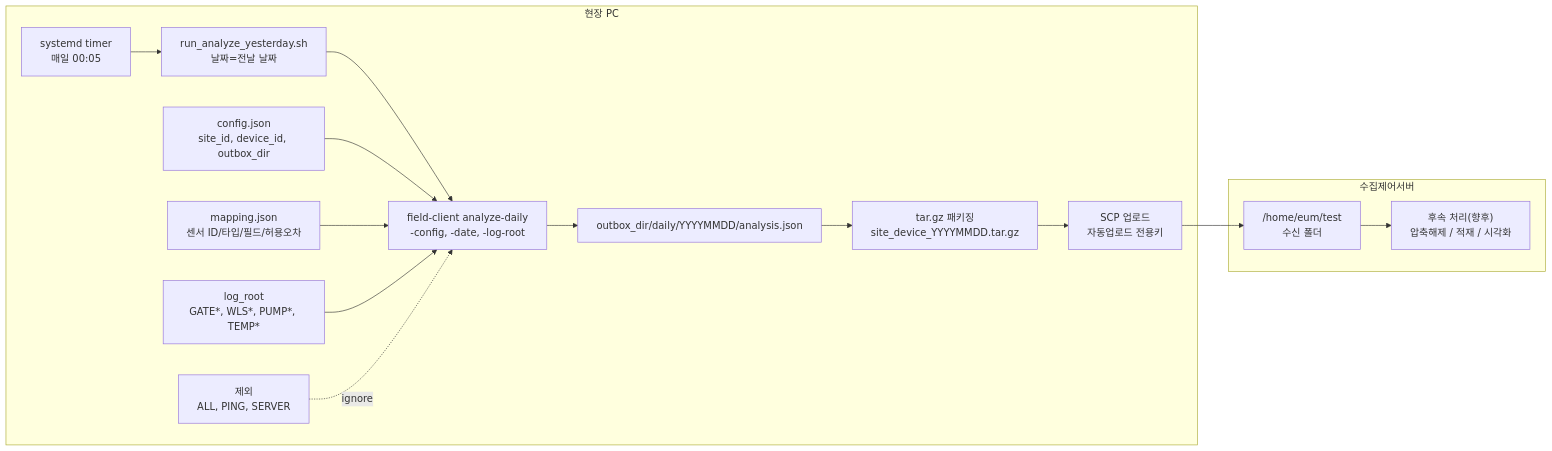
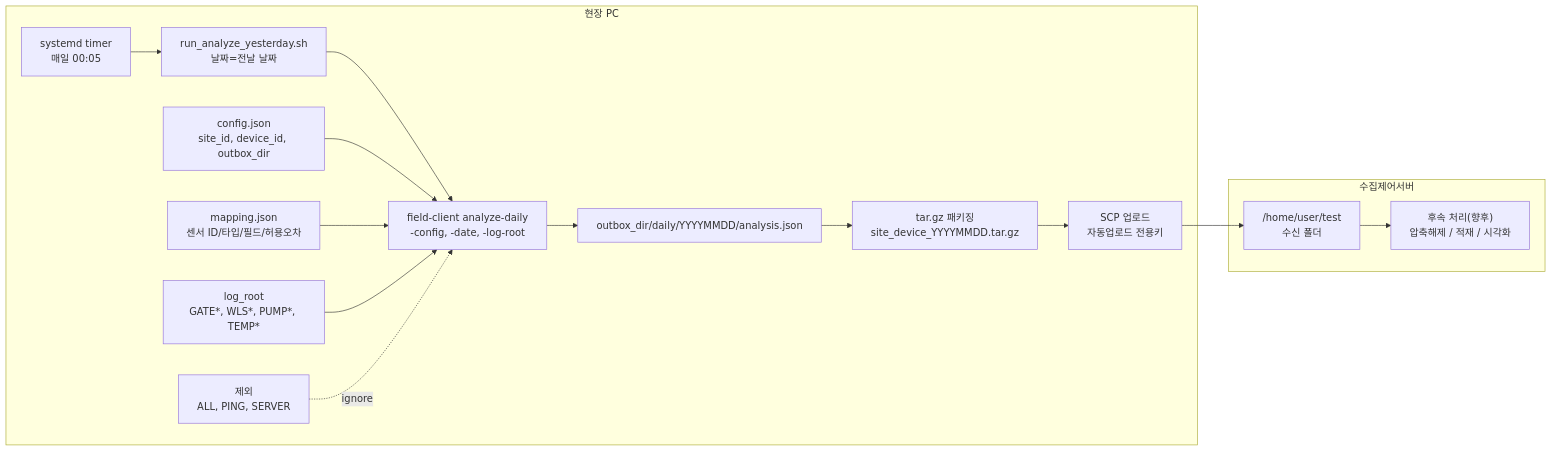
Before and after one commit to dev99test/workFiled_data_analysis: the first of 3 diagrams in README.md, drawn with Mermaid. The commit also changed other lines of this file, not shown here.

````diff
--- a/README.md
+++ b/README.md
@@ -177,36 +177,36 @@
 ```mermaid
 ---
 config:
   layout: dagre
 ---
 flowchart LR
   subgraph FieldPC["현장 PC"]
     A["systemd timer<br>매일 00:05"]
     B["run_analyze_yesterday.sh<br>날짜=전날 날짜"]
     C["field-client analyze-daily<br>-config, -date, -log-root"]
     D["config.json<br>site_id, device_id, outbox_dir"]
     E["mapping.json<br>센서 ID/타입/필드/허용오차"]
     F["log_root<br>GATE*, WLS*, PUMP*, TEMP*"]
     X["제외<br>ALL, PING, SERVER"]
     G["outbox_dir/daily/YYYYMMDD/analysis.json"]
     H["tar.gz 패키징<br>site_device_YYYYMMDD.tar.gz"]
     I["SCP 업로드<br>자동업로드 전용키"]
   end
 
   subgraph CentralServer["수집제어서버"]
-    J["/home/eum/test<br>수신 폴더"]
+    J["/home/user/test<br>수신 폴더"]
     K["후속 처리(향후)<br>압축해제 / 적재 / 시각화"]
   end
 
   A --> B
   B --> C
   D --> C
   E --> C
   F --> C
   X -. ignore .-> C
   C --> G
   G --> H
   H --> I
   I --> J
   J --> K
 ```
````
